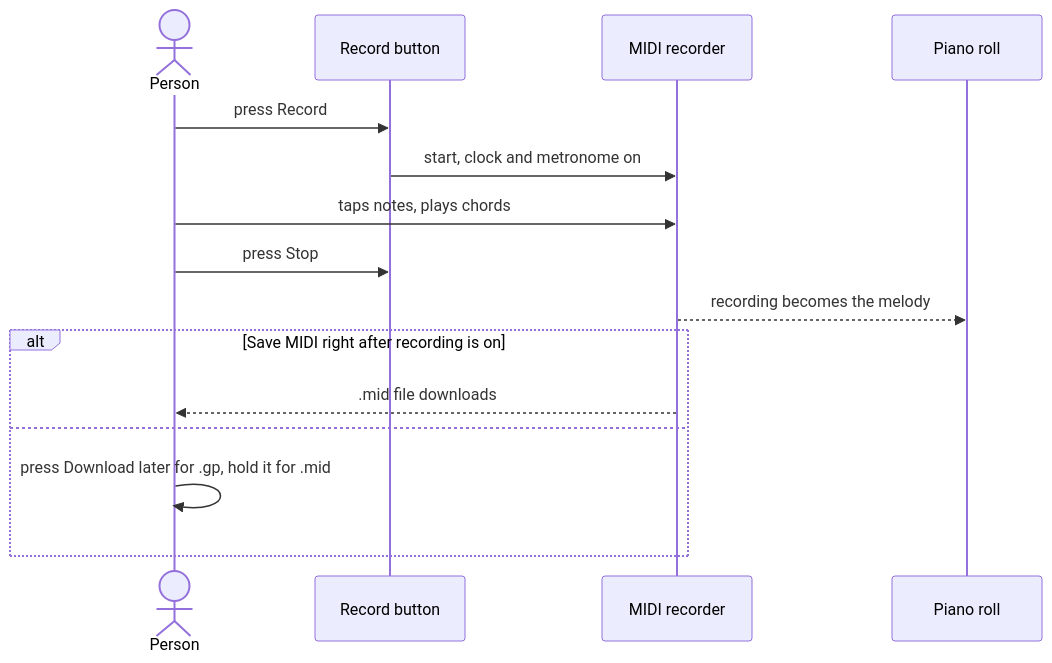
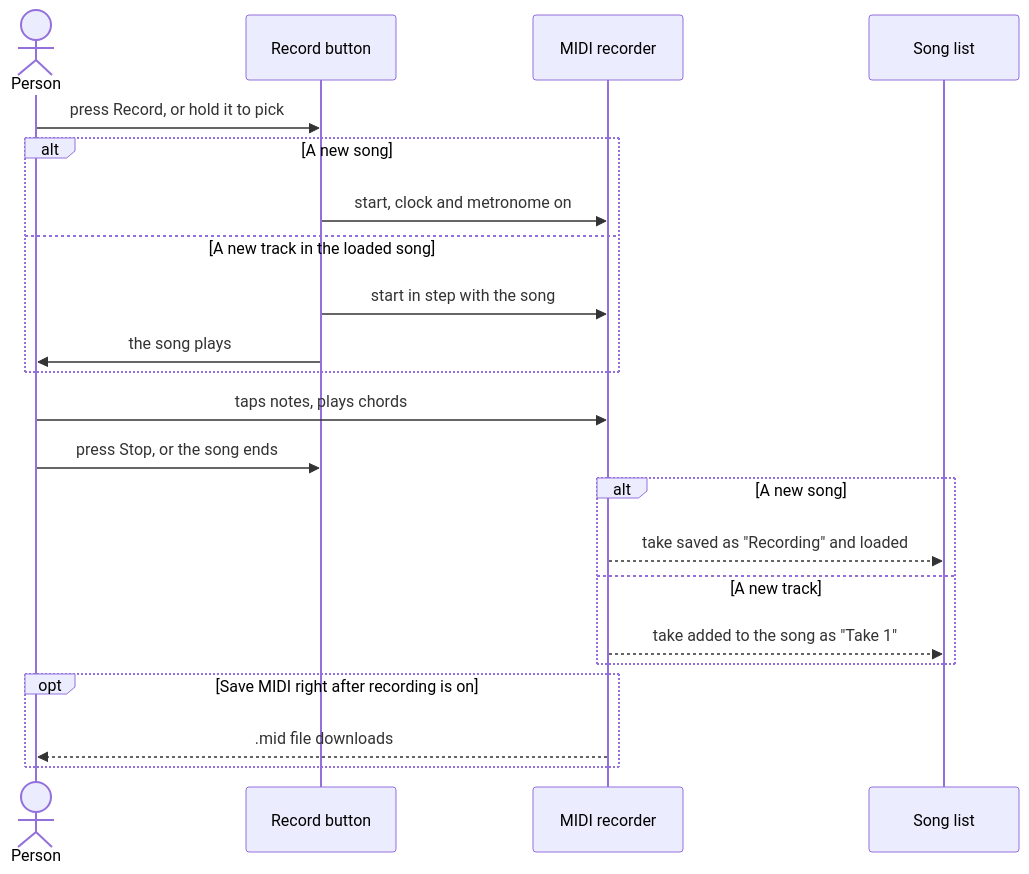
Before and after one commit to oleg-chibikov/guitar-upscale: the fifth of 9 diagrams in docs/user-flows.md, drawn with Mermaid. The commit also changed other lines of this file and 18 other files, not shown here.

First line of the commit message:
Record into a new song or a new track, close songs from the plate

````diff
--- a/docs/user-flows.md
+++ b/docs/user-flows.md
@@ -97,17 +97,24 @@
 ```mermaid
 sequenceDiagram
   actor P as Person
   participant R as Record button
   participant M as MIDI recorder
-  participant PR as Piano roll
-  P->>R: press Record
-  R->>M: start, clock and metronome on
+  participant L as Song list
+  P->>R: press Record, or hold it to pick
+  alt A new song
+    R->>M: start, clock and metronome on
+  else A new track in the loaded song
+    R->>M: start in step with the song
+    R->>P: the song plays
+  end
   P->>M: taps notes, plays chords
-  P->>R: press Stop
-  M-->>PR: recording becomes the melody
-  alt Save MIDI right after recording is on
+  P->>R: press Stop, or the song ends
+  alt A new song
+    M-->>L: take saved as "Recording" and loaded
+  else A new track
+    M-->>L: take added to the song as "Take 1"
+  end
+  opt Save MIDI right after recording is on
     M-->>P: .mid file downloads
-  else
-    P->>P: press Download later for .gp, hold it for .mid
   end
 ```
````
